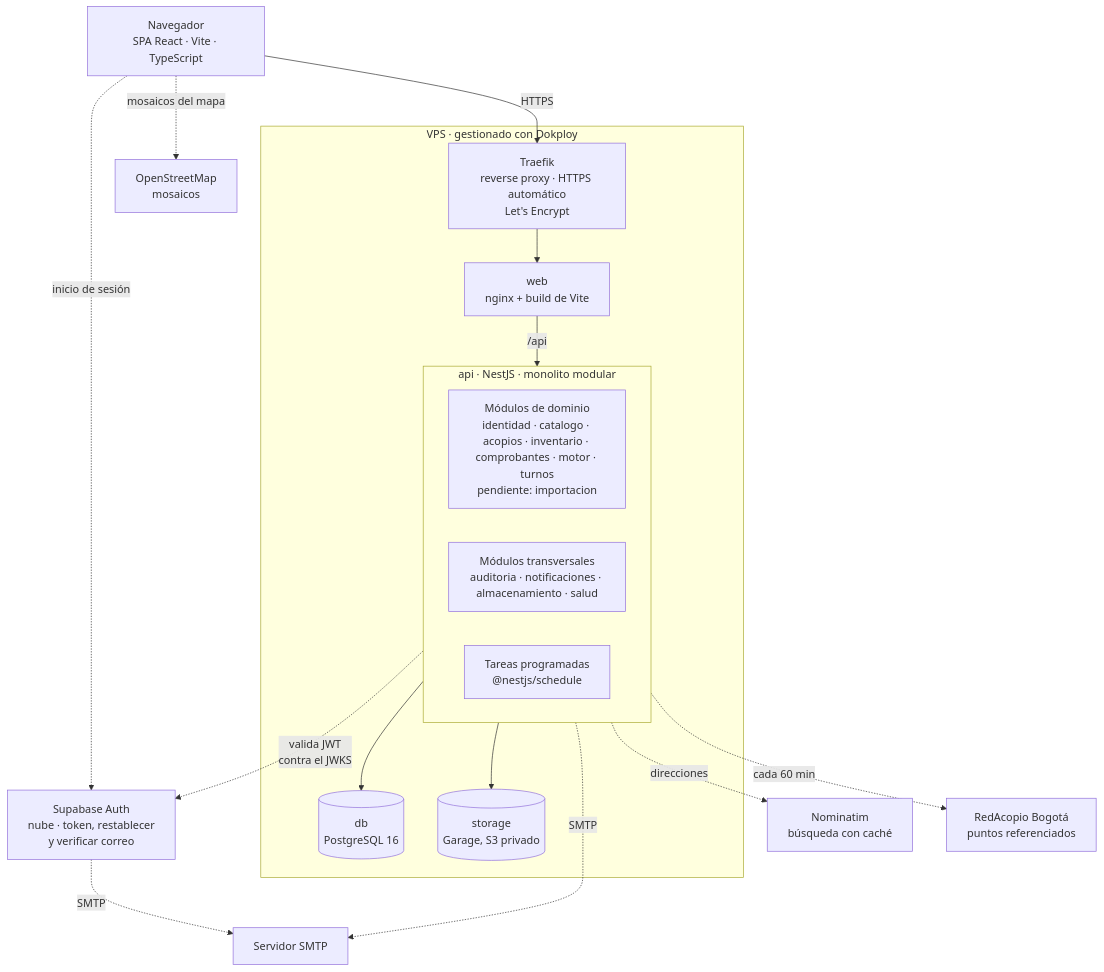
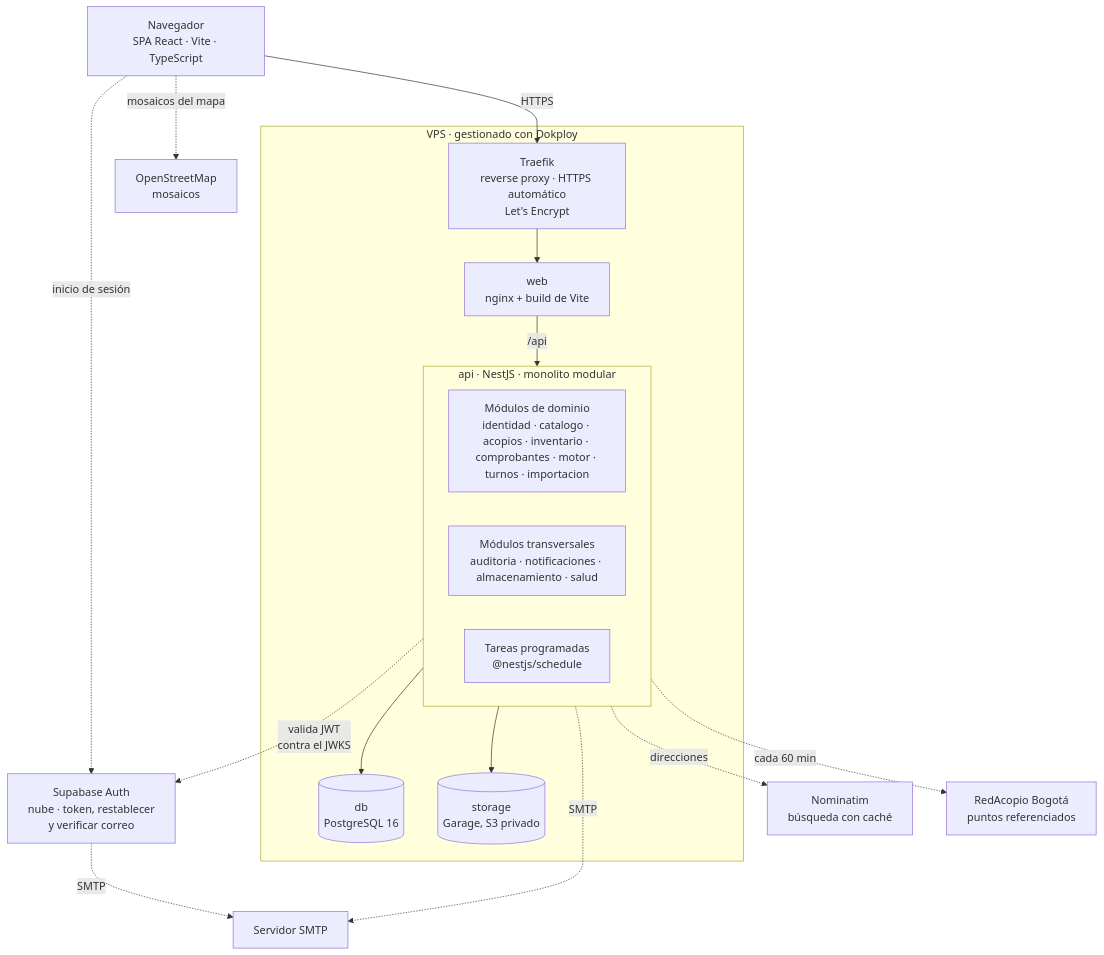
Before and after one commit to Proyecto-IngSoftware/acopio: the second of 2 diagrams in docs/02-arquitectura/vista-general.md, drawn with Mermaid. The commit also changed other lines of this file and 10 other files, not shown here.

````diff
--- a/docs/02-arquitectura/vista-general.md
+++ b/docs/02-arquitectura/vista-general.md
@@ -49,31 +49,31 @@
 ```mermaid
 flowchart TB
     Cliente["Navegador<br/>SPA React · Vite · TypeScript"] -->|HTTPS| Traefik
     Cliente -.->|"inicio de sesión"| SupabaseAuth["Supabase Auth<br/>nube · token, restablecer<br/>y verificar correo"]
     Cliente -.->|"mosaicos del mapa"| OSM["OpenStreetMap<br/>mosaicos"]
 
     subgraph VPS["VPS · gestionado con Dokploy"]
         Traefik["Traefik<br/>reverse proxy · HTTPS automático<br/>Let's Encrypt"]
         Web["web<br/>nginx + build de Vite"]
 
         subgraph API["api · NestJS · monolito modular"]
-            Dominio["Módulos de dominio<br/>identidad · catalogo · acopios · inventario · comprobantes · motor · turnos<br/>pendiente: importacion"]
+            Dominio["Módulos de dominio<br/>identidad · catalogo · acopios · inventario · comprobantes · motor · turnos · importacion"]
             Transversales["Módulos transversales<br/>auditoria · notificaciones · almacenamiento · salud"]
             Tareas["Tareas programadas<br/>@nestjs/schedule"]
         end
 
         DB[("db<br/>PostgreSQL 16")]
         Storage[("storage<br/>Garage, S3 privado")]
 
         Traefik --> Web
         Web -->|"/api"| API
         API --> DB
         API --> Storage
     end
 
     API -.->|"valida JWT<br/>contra el JWKS"| SupabaseAuth
     API -.->|SMTP| SMTP["Servidor SMTP"]
     SupabaseAuth -.->|SMTP| SMTP
     API -.->|"direcciones"| Nominatim["Nominatim<br/>búsqueda con caché"]
     API -.->|"cada 60 min"| RedAcopio["RedAcopio Bogotá<br/>puntos referenciados"]
 ```
````
